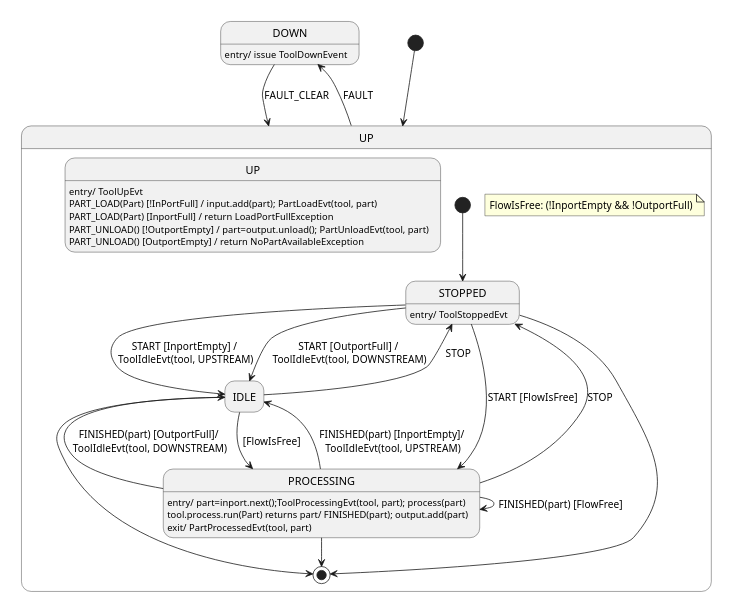
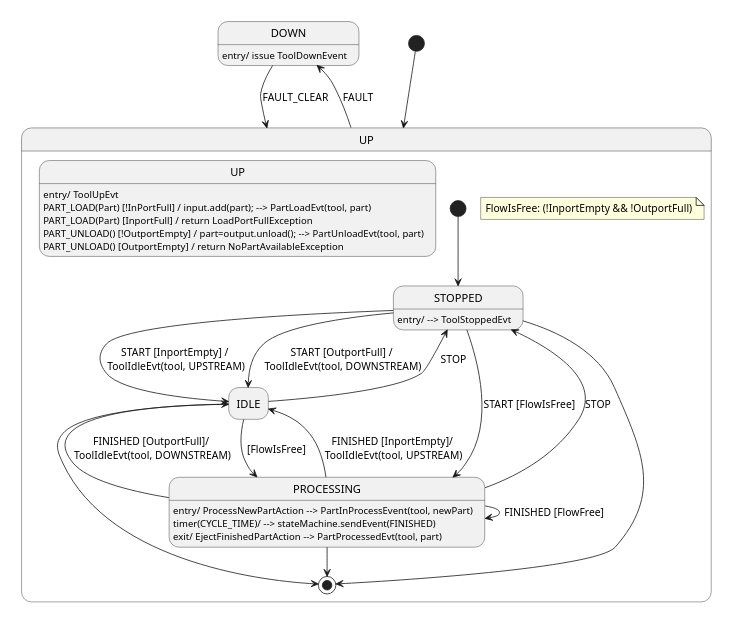
Before and after one commit to onouv/mes-tool-mock-srv: the diagram in doc/domain/tool.state.puml, drawn with PlantUML. The commit also changed 44 other files, not shown here.

First line of the commit message:
F process part (#5)

```diff
--- a/doc/domain/tool.state.puml
+++ b/doc/domain/tool.state.puml
@@ -1,49 +1,47 @@
 @startuml
 'https://plantuml.com/state-diagram
 
 scale 350 width
 
 hide empty description
 state DOWN : entry/ issue ToolDownEvent
 
 [*] --> UP
 UP --> DOWN: FAULT
 DOWN --> UP: FAULT_CLEAR
 state UP {
     state UP: entry/ ToolUpEvt
-    state UP: PART_LOAD(Part) [!InPortFull] / input.add(part); PartLoadEvt(tool, part)
+    state UP: PART_LOAD(Part) [!InPortFull] / input.add(part); --> PartLoadEvt(tool, part)
     state UP: PART_LOAD(Part) [InportFull] / return LoadPortFullException
-    state UP: PART_UNLOAD() [!OutportEmpty] / part=output.unload(); PartUnloadEvt(tool, part)
+    state UP: PART_UNLOAD() [!OutportEmpty] / part=output.unload(); --> PartUnloadEvt(tool, part)
     state UP: PART_UNLOAD() [OutportEmpty] / return NoPartAvailableException
-    state STOPPED: entry/ ToolStoppedEvt
+    state STOPPED: entry/ --> ToolStoppedEvt
     state IDLE
-    state PROCESSING: entry/ part=inport.next();ToolProcessingEvt(tool, part); process(part)
-    state PROCESSING: tool.process.run(Part) returns part/ FINISHED(part); output.add(part)
-
-    state PROCESSING: exit/ PartProcessedEvt(tool, part)
+    state PROCESSING: entry/ ProcessNewPartAction --> PartInProcessEvent(tool, newPart)
+    state PROCESSING: timer(CYCLE_TIME)/ --> stateMachine.sendEvent(FINISHED)
+    state PROCESSING: exit/ EjectFinishedPartAction --> PartProcessedEvt(tool, part)
 
     [*] --> STOPPED
     STOPPED --> IDLE: START [InportEmpty] / \nToolIdleEvt(tool, UPSTREAM)
     STOPPED --> IDLE: START [OutportFull] / \nToolIdleEvt(tool, DOWNSTREAM)
 
     STOPPED --> PROCESSING: START [FlowIsFree]
-    PROCESSING --> PROCESSING: FINISHED(part) [FlowFree]
-    PROCESSING --> IDLE: FINISHED(part) [InportEmpty]/ \nToolIdleEvt(tool, UPSTREAM)
-    PROCESSING --> IDLE: FINISHED(part) [OutportFull]/ \nToolIdleEvt(tool, DOWNSTREAM)
+    PROCESSING --> PROCESSING: FINISHED [FlowFree]
+    PROCESSING --> IDLE: FINISHED [InportEmpty]/ \nToolIdleEvt(tool, UPSTREAM)
+    PROCESSING --> IDLE: FINISHED [OutportFull]/ \nToolIdleEvt(tool, DOWNSTREAM)
     IDLE --> PROCESSING: [FlowIsFree]
-
-
     IDLE --> STOPPED: STOP
     PROCESSING --> STOPPED: STOP
 
     STOPPED --> [*]
     IDLE --> [*]
     PROCESSING --> [*]
 
-    note as T
+    note as N1
         FlowIsFree: (!InportEmpty && !OutportFull)
     end note
+
 
 }
 
 @enduml
```
